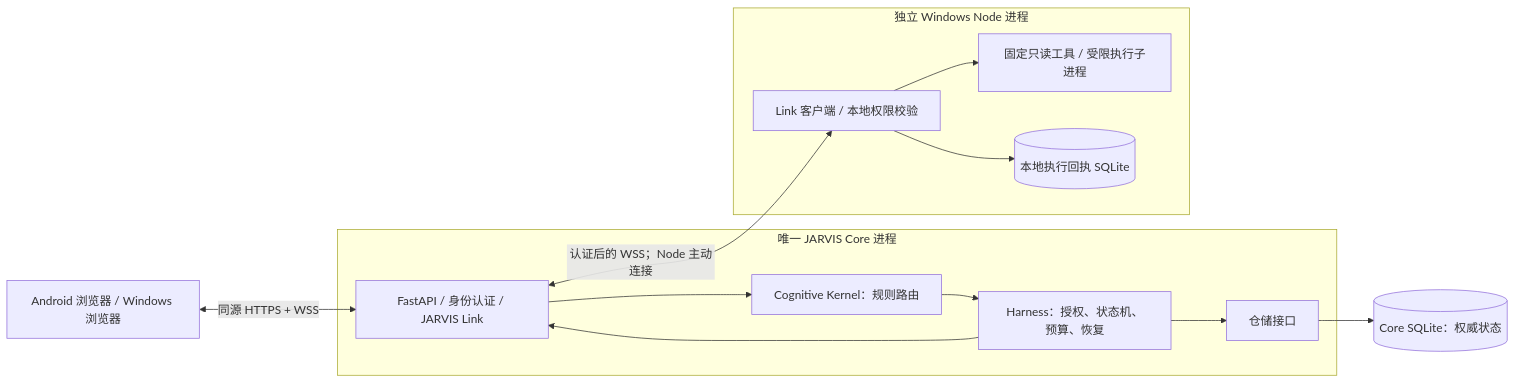
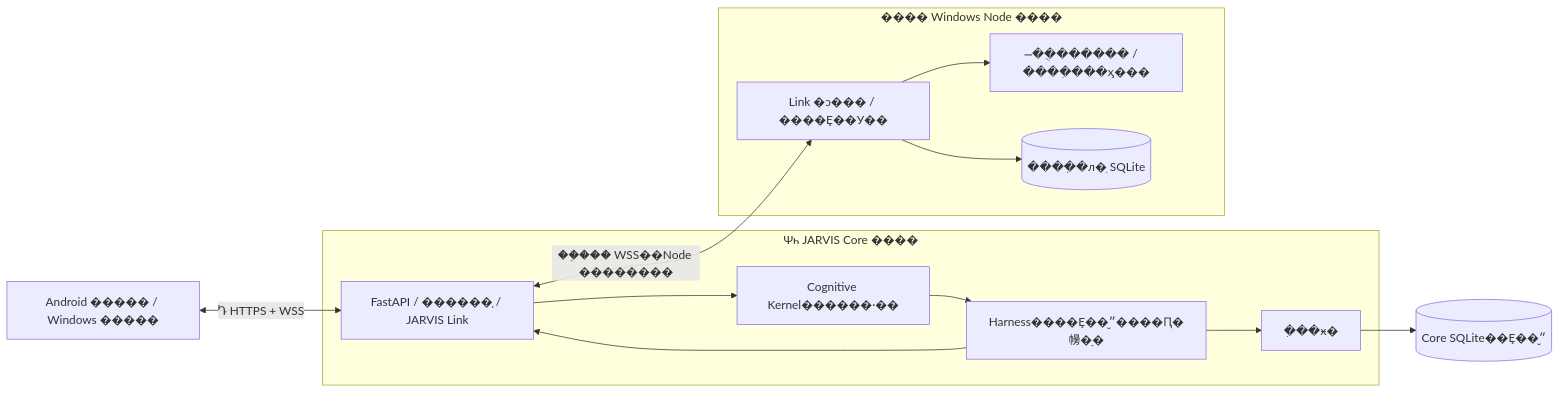
Before and after one commit to jxt159753/nexus: the first of 3 diagrams in docs/ARCHITECTURE.md, drawn with Mermaid. The commit also changed other lines of this file and 47 other files, not shown here.

````diff
--- a/docs/ARCHITECTURE.md
+++ b/docs/ARCHITECTURE.md
@@ -85,23 +85,23 @@
 ```mermaid
 flowchart LR
-    W[Android 浏览器 / Windows 浏览器]
-    subgraph C[唯一 JARVIS Core 进程]
-        A[FastAPI / 身份认证 / JARVIS Link]
-        K[Cognitive Kernel：规则路由]
-        H[Harness：授权、状态机、预算、恢复]
-        R[仓储接口]
+    W[Android ����� / Windows �����]
+    subgraph C[Ψһ JARVIS Core ����]
+        A[FastAPI / ������֤ / JARVIS Link]
+        K[Cognitive Kernel������·��]
+        H[Harness����Ȩ��״̬����Ԥ�㡢�ָ�]
+        R[�ִ��ӿ�]
         A --> K --> H --> R
         H --> A
     end
-    D[(Core SQLite：权威状态)]
-    subgraph N[独立 Windows Node 进程]
-        L[Link 客户端 / 本地权限校验]
-        T[固定只读工具 / 受限执行子进程]
-        J[(本地执行回执 SQLite)]
+    D[(Core SQLite��Ȩ��״̬)]
+    subgraph N[���� Windows Node ����]
+        L[Link �ͻ��� / ����Ȩ��У��]
+        T[�̶�ֻ������ / ����ִ���ӽ���]
+        J[(����ִ�л�ִ SQLite)]
         L --> T
         L --> J
     end
-    W <-->|同源 HTTPS + WSS| A
-    A <-->|认证后的 WSS；Node 主动连接| L
+    W <-->|ͬԴ HTTPS + WSS| A
+    A <-->|��֤��� WSS��Node ��������| L
     R --> D
 ```
````
